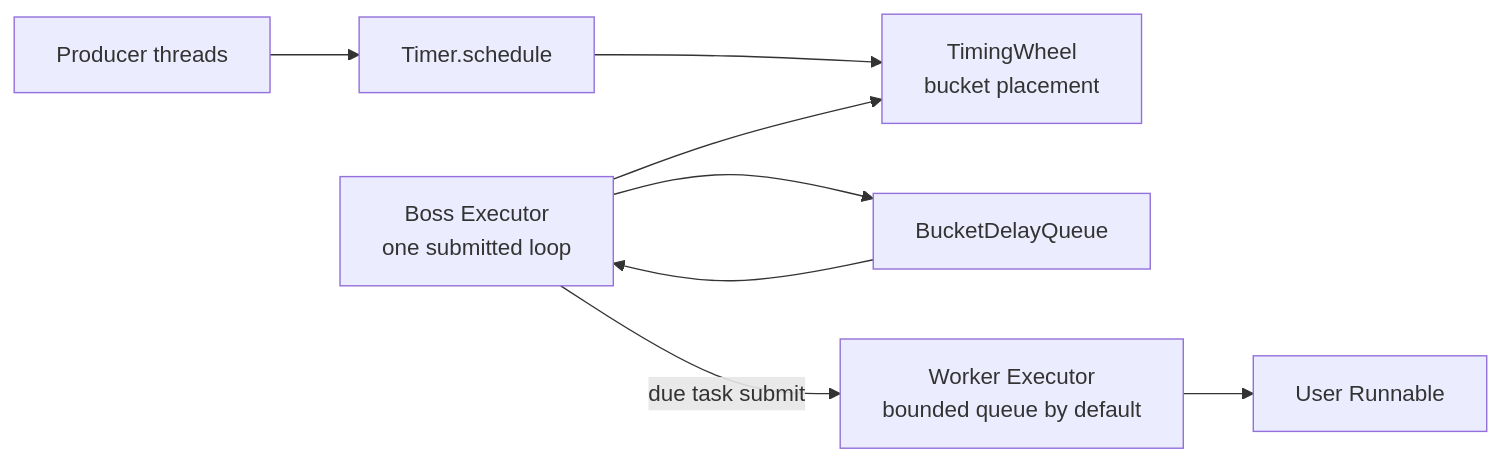
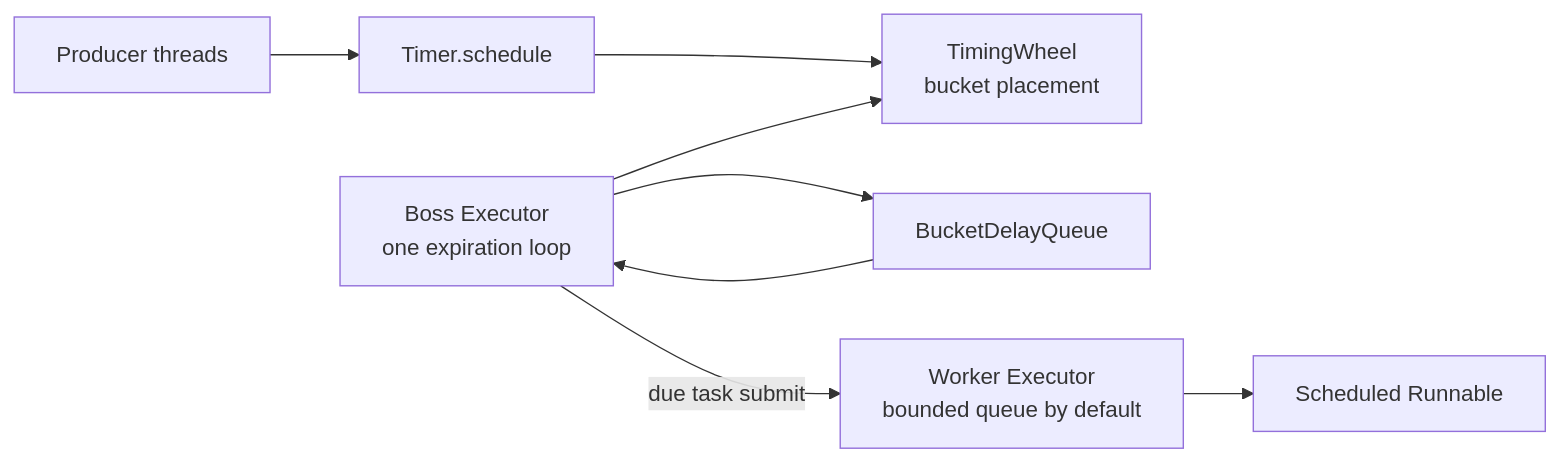
The seventh of 10 diagrams in docs/architecture.md (photowey/timewheel4j), drawn with Mermaid before and after one commit. The commit also changed other lines of this file and 3 other files, not shown here.

````diff
--- a/docs/architecture.md
+++ b/docs/architecture.md
@@ -298,18 +307,18 @@
 ```mermaid
 flowchart LR
     Producers["Producer threads"]
     Timer["Timer.schedule"]
     Wheel["TimingWheel<br/>bucket placement"]
-    Boss["Boss Executor<br/>one submitted loop"]
+    Boss["Boss Executor<br/>one expiration loop"]
     DelayQueue["BucketDelayQueue"]
     Workers["Worker Executor<br/>bounded queue by default"]
-    Task["User Runnable"]
+    Task["Scheduled Runnable"]
 
     Producers --> Timer
     Timer --> Wheel
     Boss --> DelayQueue
     DelayQueue --> Boss
     Boss --> Wheel
     Boss -->|"due task submit"| Workers
     Workers --> Task
 ```
````
